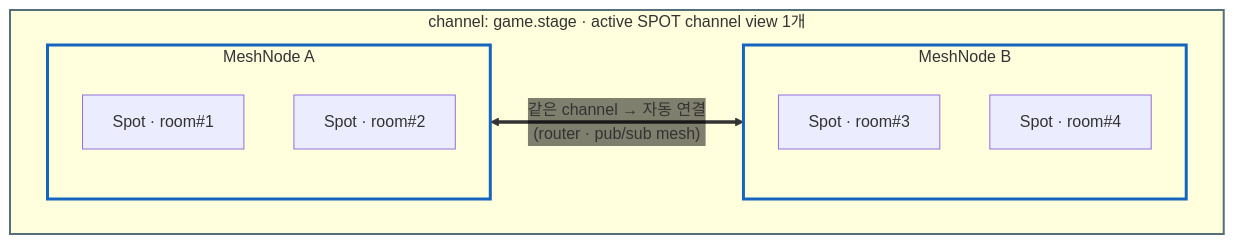
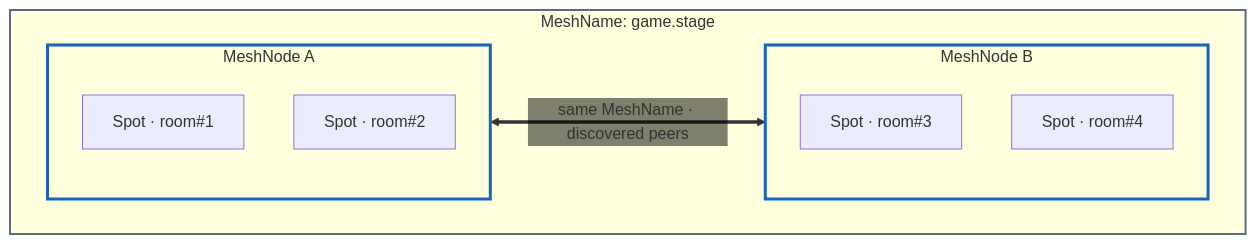
One commit to kairos-code-dev/zlink changed the first of 3 diagrams in framework/doc/framework/dotnet/guide/06-spot.ko.md. Above: the diagram before and after it, drawn with Mermaid. The commit also changed other lines of this file and 1 other file, not shown here.

First line of the commit message:
docs(dotnet): align spot guide with route mesh

````diff
--- a/framework/doc/framework/dotnet/guide/06-spot.ko.md
+++ b/framework/doc/framework/dotnet/guide/06-spot.ko.md
@@ -50,21 +50,21 @@
 ```mermaid
 %%{init: {'themeVariables': {'edgeLabelBackground':'transparent'}}}%%
 flowchart LR
-  subgraph ch1["channel: game.stage · active SPOT channel view 1개"]
+  subgraph ch1["MeshName: game.stage"]
     direction LR
     subgraph nA["MeshNode A"]
       direction TB
       sA1["Spot · room#1"]
       sA2["Spot · room#2"]
     end
     subgraph nB["MeshNode B"]
       direction TB
       sB1["Spot · room#3"]
       sB2["Spot · room#4"]
     end
-    nA <==>|"같은 channel → 자동 연결<br/>(router · pub/sub mesh)"| nB
+    nA <==>|"same MeshName · discovered peers"| nB
   end
   style ch1 stroke:#546e7a,stroke-width:2px
   style nA stroke:#1565c0,stroke-width:3px
   style nB stroke:#1565c0,stroke-width:3px
 ```
````
